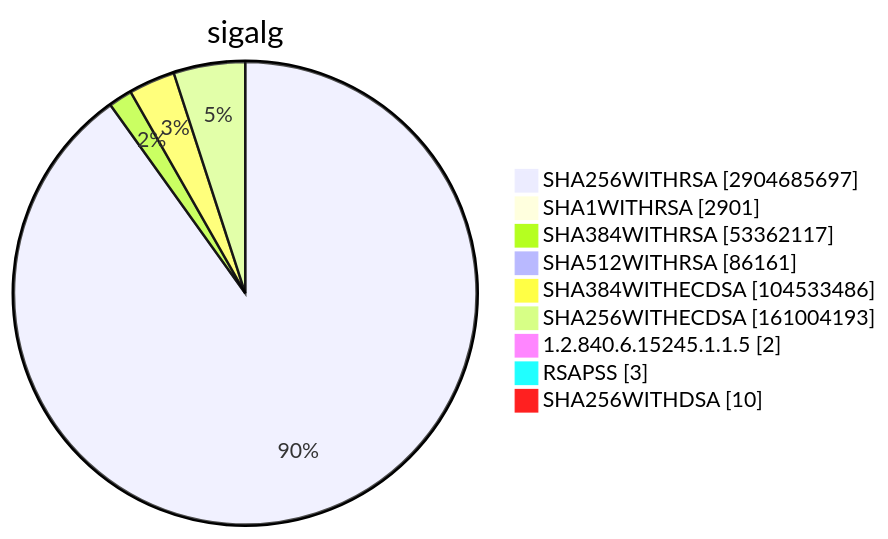
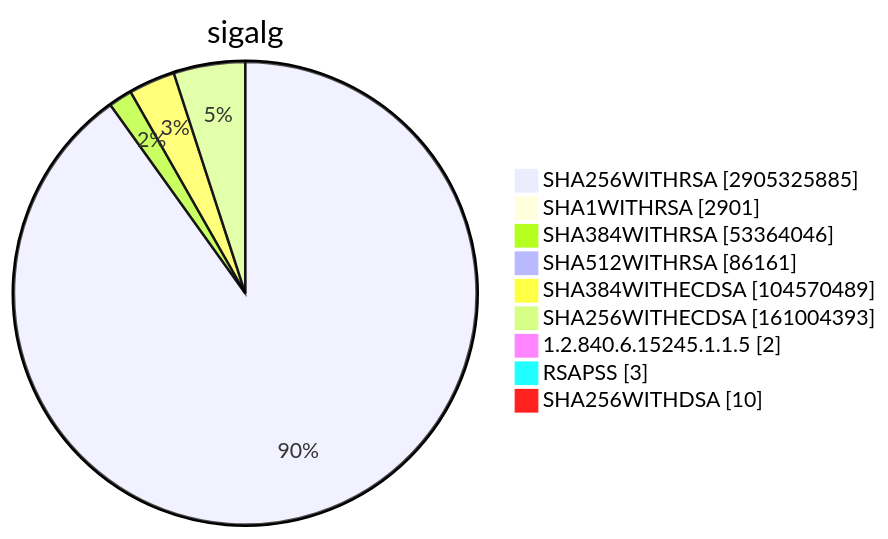
Before and after one commit to christiankrug/ctmonitor_visualization: diagram 15 of 15 in TOTAL/README.md, drawn with Mermaid. The commit also changed other lines of this file, not shown here.

````diff
--- a/TOTAL/README.md
+++ b/TOTAL/README.md
@@ -6207,13 +6207,13 @@
 ```mermaid
 pie showData
 title sigalg
-"SHA256WITHRSA" :2904685697
+"SHA256WITHRSA" :2905325885
 "SHA1WITHRSA" :2901
-"SHA384WITHRSA" :53362117
+"SHA384WITHRSA" :53364046
 "SHA512WITHRSA" :86161
-"SHA384WITHECDSA" :104533486
-"SHA256WITHECDSA" :161004193
+"SHA384WITHECDSA" :104570489
+"SHA256WITHECDSA" :161004393
 "1.2.840.6.15245.1.1.5" :2
 "RSAPSS" :3
 "SHA256WITHDSA" :10
 ```
````
